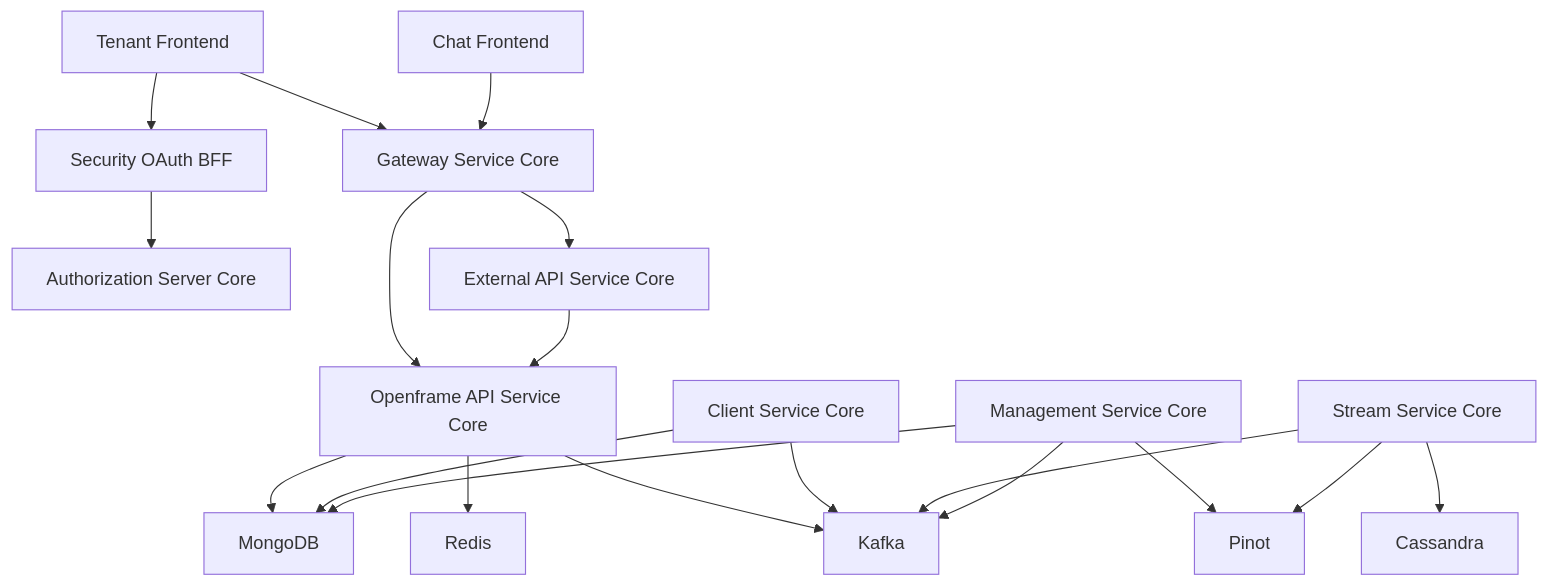
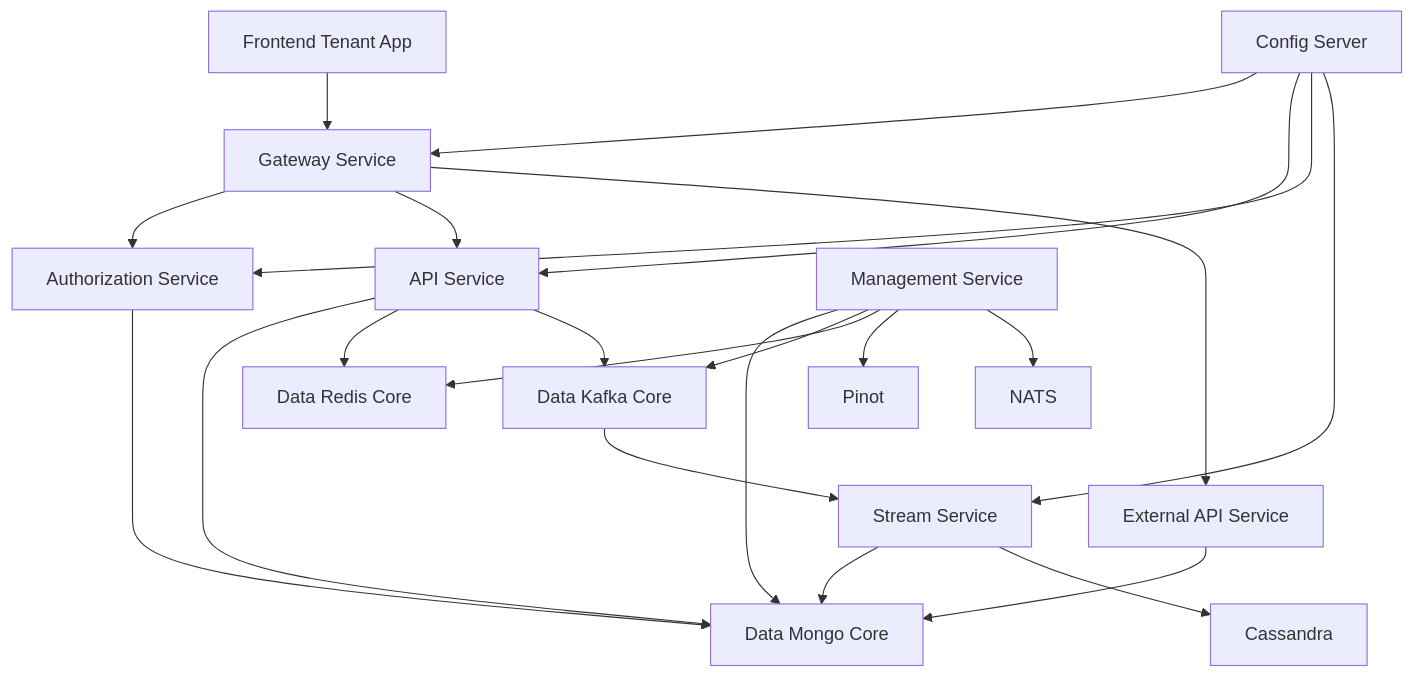
One commit to Praesto-Pro/openframe-oss-tenant changed the first of 8 diagrams in docs/architecture/README.md. Above: the diagram before and after it, drawn with Mermaid. The commit also changed other lines of this file and 174 other files, not shown here.

````diff
--- a/docs/architecture/README.md
+++ b/docs/architecture/README.md
@@ -46,57 +25,29 @@
 ```mermaid
 flowchart TD
-    %% Frontend
-    TenantUI["Tenant Frontend"]
-    ChatUI["Chat Frontend"]
-    
-    %% Edge
-    Gateway["Gateway Service Core"]
-    
-    %% Identity
-    AuthServer["Authorization Server Core"]
-    OAuthBFF["Security OAuth BFF"]
-    
-    %% Core APIs
-    ApiService["Openframe API Service Core"]
-    ExternalApi["External API Service Core"]
-    
-    %% Runtime & Management
-    ClientService["Client Service Core"]
-    ManagementService["Management Service Core"]
-    
-    %% Streaming
-    StreamService["Stream Service Core"]
-    
-    %% Data Layer
-    Mongo["MongoDB"]
-    Kafka["Kafka"]
-    Redis["Redis"]
-    Cassandra["Cassandra"]
-    Pinot["Pinot"]
-    
-    %% Flow
-    TenantUI --> OAuthBFF
-    OAuthBFF --> AuthServer
-    TenantUI --> Gateway
-    ChatUI --> Gateway
-    
-    Gateway --> ApiService
-    Gateway --> ExternalApi
-    
-    ApiService --> Mongo
-    ApiService --> Redis
-    ApiService --> Kafka
-    
-    ClientService --> Kafka
-    ClientService --> Mongo
-    
-    StreamService --> Kafka
-    StreamService --> Cassandra
-    
-    ManagementService --> Mongo
-    ManagementService --> Kafka
-    ManagementService --> Pinot
-    
-    ExternalApi --> ApiService
-    StreamService --> Pinot
+    User["Frontend Tenant App"] --> Gateway["Gateway Service"]
+    Gateway --> Authz["Authorization Service"]
+    Gateway --> Api["API Service"]
+    Gateway --> ExternalApi["External API Service"]
+
+    Api --> Mongo["Data Mongo Core"]
+    Api --> Redis["Data Redis Core"]
+    Api --> Kafka["Data Kafka Core"]
+
+    ExternalApi --> Mongo
+    Authz --> Mongo
+
+    Kafka --> Stream["Stream Service"]
+    Stream --> Mongo
+    Stream --> Cassandra["Cassandra"]
+
+    Management["Management Service"] --> Mongo
+    Management --> Kafka
+    Management --> Redis
+    Management --> Pinot["Pinot"]
+    Management --> NATS["NATS"]
+
+    Config["Config Server"] --> Gateway
+    Config --> Api
+    Config --> Authz
+    Config --> Stream
 ```
````
